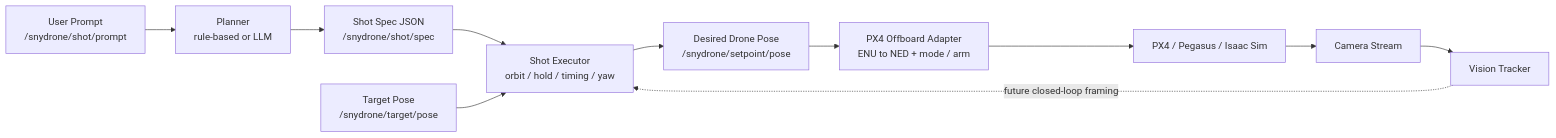
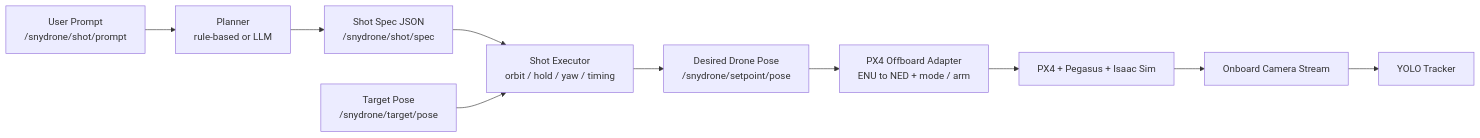
One commit to lakshya-asu/snydrone changed the first of 2 diagrams in README.md. Above: the diagram before and after it, drawn with Mermaid. The commit also changed other lines of this file and 1 other file, not shown here.

````diff
--- a/README.md
+++ b/README.md
@@ -60,13 +55,12 @@
 ```mermaid
 flowchart LR
     A["User Prompt<br/>/snydrone/shot/prompt"] --> B["Planner<br/>rule-based or LLM"]
     B --> C["Shot Spec JSON<br/>/snydrone/shot/spec"]
-    C --> D["Shot Executor<br/>orbit / hold / timing / yaw"]
+    C --> D["Shot Executor<br/>orbit / hold / yaw / timing"]
     E["Target Pose<br/>/snydrone/target/pose"] --> D
     D --> F["Desired Drone Pose<br/>/snydrone/setpoint/pose"]
     F --> G["PX4 Offboard Adapter<br/>ENU to NED + mode / arm"]
-    G --> H["PX4 / Pegasus / Isaac Sim"]
-    H --> I["Camera Stream"]
-    I --> J["Vision Tracker"]
-    J -. future closed-loop framing .-> D
+    G --> H["PX4 + Pegasus + Isaac Sim"]
+    H --> I["Onboard Camera Stream"]
+    I --> J["YOLO Tracker"]
 ```
````
